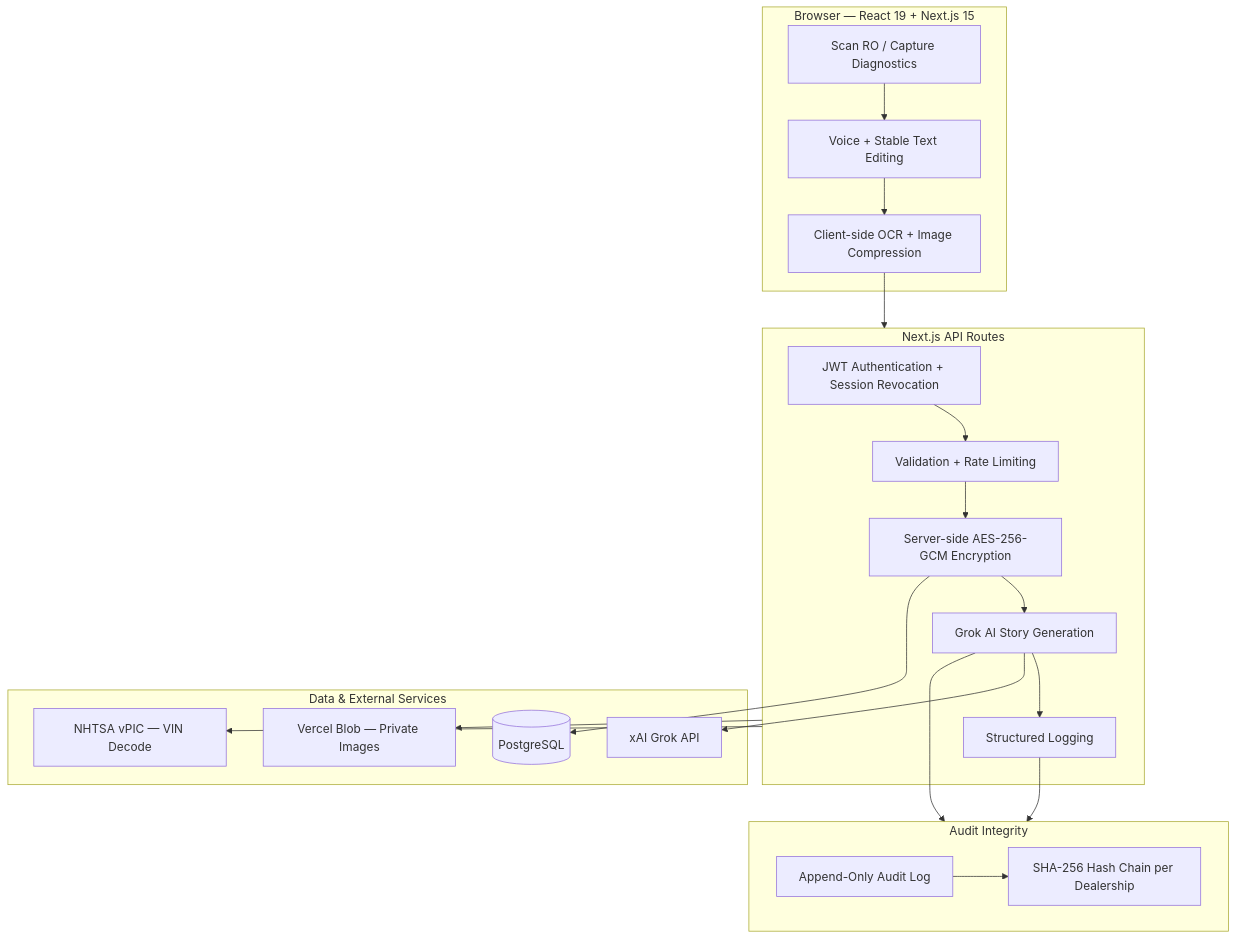
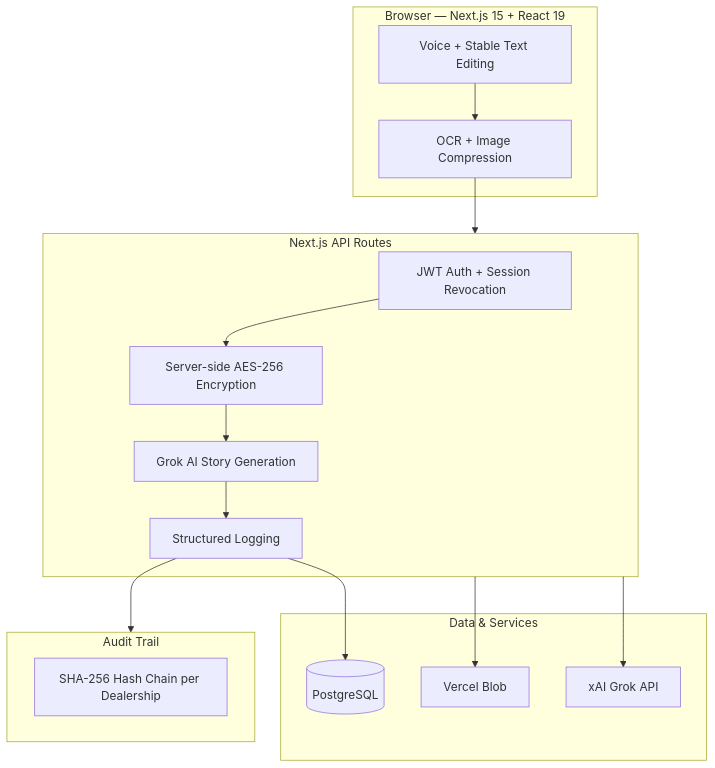
One commit to Nicequantum/Merlinus changed the diagram in README.md. Above: the diagram before and after it, drawn with Mermaid. The commit also changed other lines of this file, not shown here.

````diff
--- a/README.md
+++ b/README.md
@@ -38,39 +38,32 @@
 ```mermaid
 flowchart TD
-    subgraph Frontend["Browser — React 19 + Next.js 15"]
-        T1[Scan RO / Capture Diagnostics]
-        T2[Voice + Stable Text Editing]
-        T3[Client-side OCR + Image Compression]
-        T1 --> T2 --> T3
+    subgraph Frontend["Browser — Next.js 15 + React 19"]
+        T1[Voice + Stable Text Editing]
+        T2[OCR + Image Compression]
+        T1 --> T2
     end
 
     subgraph Backend["Next.js API Routes"]
-        B1[JWT Authentication + Session Revocation]
-        B2[Validation + Rate Limiting]
-        B3[Server-side AES-256-GCM Encryption]
-        B4[Grok AI Story Generation]
-        B5[Structured Logging]
-        B1 --> B2 --> B3 --> B4 --> B5
+        B1[JWT Auth + Session Revocation]
+        B2[Server-side AES-256 Encryption]
+        B3[Grok AI Story Generation]
+        B4[Structured Logging]
+        B1 --> B2 --> B3 --> B4
     end
 
-    subgraph Services["Data & External Services"]
+    subgraph Services["Data & Services"]
         S1[(PostgreSQL)]
-        S2[Vercel Blob — Private Images]
+        S2[Vercel Blob]
         S3[xAI Grok API]
-        S4[NHTSA vPIC — VIN Decode]
     end
 
-    subgraph Audit["Audit Integrity"]
-        A1[Append-Only Audit Log]
-        A2[SHA-256 Hash Chain per Dealership]
-        A1 --> A2
+    subgraph Audit["Audit Trail"]
+        A1[SHA-256 Hash Chain per Dealership]
     end
 
-    T3 --> Backend
-    B3 --> S1
-    B4 --> S3
+    T2 --> Backend
+    B4 --> S1
+    B4 --> Audit
     Backend --> S2
-    Backend --> S4
-    B5 --> Audit
-    B4 --> Audit
+    Backend --> S3
 ```
````
